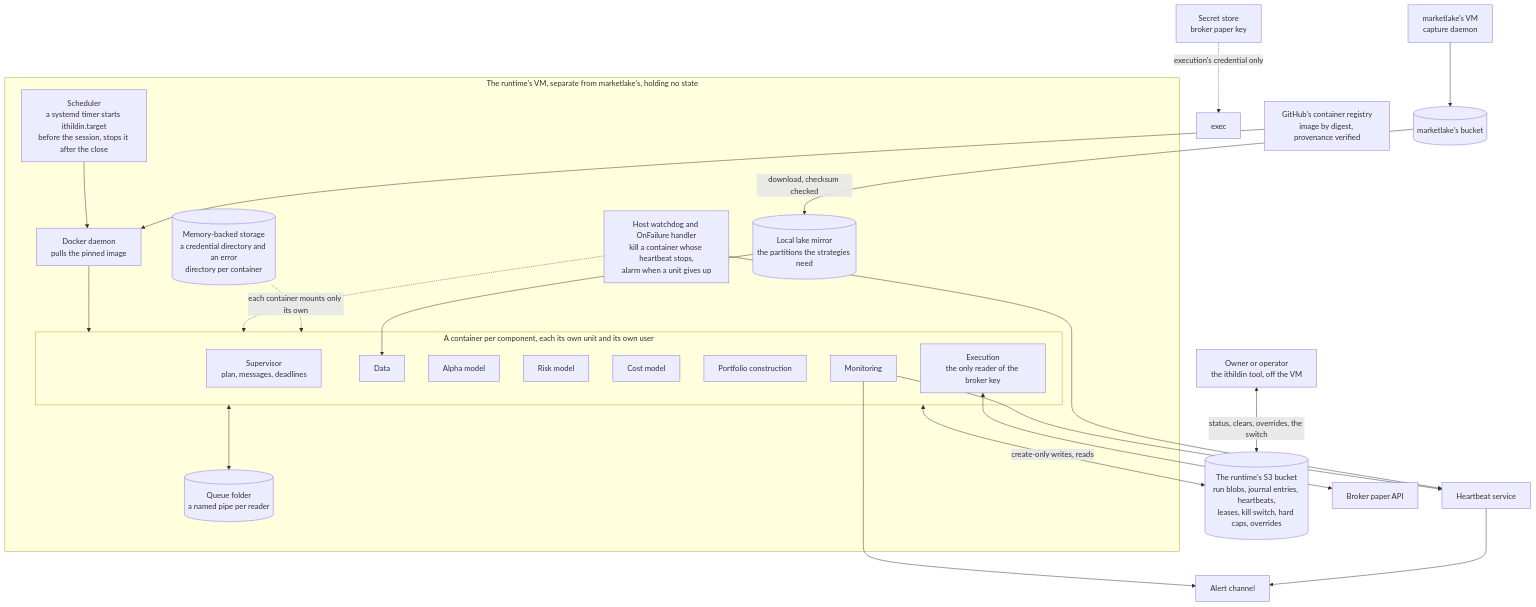
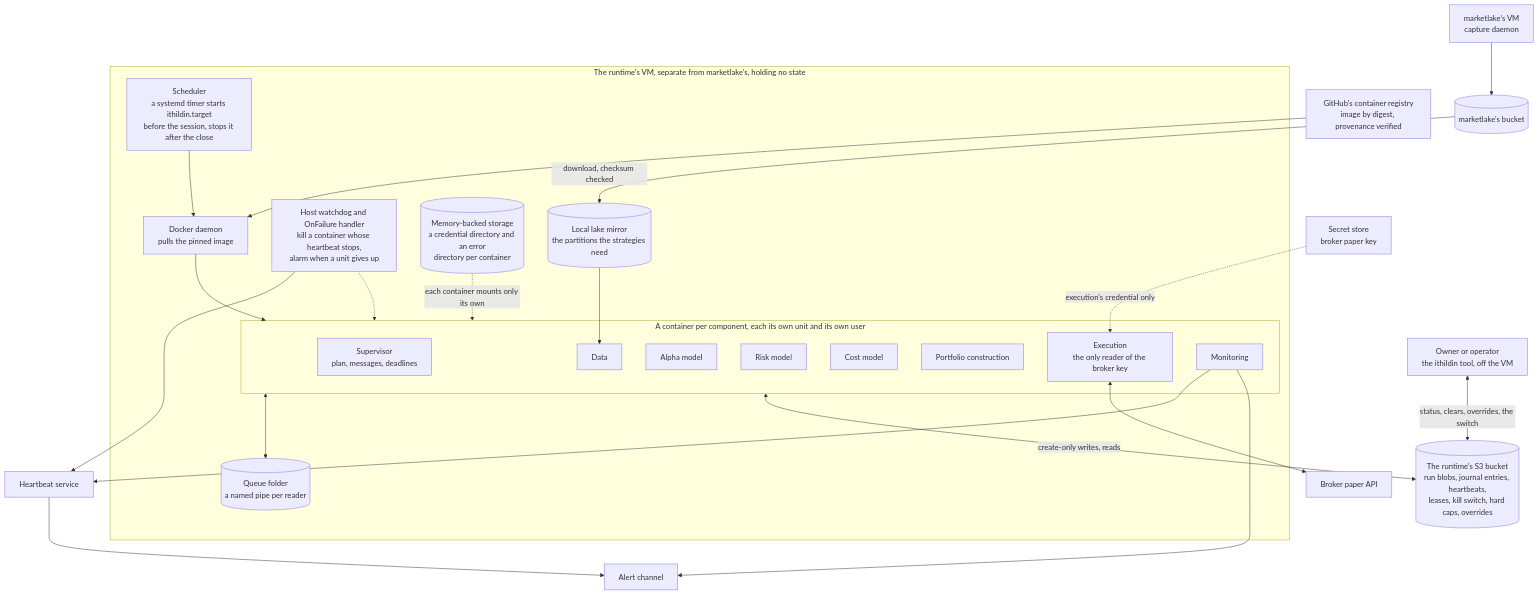
Diagram 15 of 16 in docs/architecture.md (l3a0/ithildin-runtime), drawn with Mermaid before and after one commit.

Commit message:
docs(architecture): point the secret store's edge at the execution container

````diff
--- a/docs/architecture.md
+++ b/docs/architecture.md
@@ -1682,47 +1682,47 @@
 ```mermaid
 flowchart TB
     subgraph host["The runtime's VM, separate from marketlake's, holding no state"]
         timer["Scheduler<br/>a systemd timer starts ithildin.target<br/>before the session, stops it after the close"]
         docker["Docker daemon<br/>pulls the pinned image"]
         guard["Host watchdog and OnFailure handler<br/>kill a container whose heartbeat stops,<br/>alarm when a unit gives up"]
         subgraph ctrs["A container per component, each its own unit and its own user"]
             sup["Supervisor<br/>plan, messages, deadlines"]
             data["Data"]
             alpha["Alpha model"]
             risk["Risk model"]
             cost["Cost model"]
             pc["Portfolio construction"]
             execw["Execution<br/>the only reader of the broker key"]
             mon["Monitoring"]
         end
         pipes[("Queue folder<br/>a named pipe per reader")]
         creds[("Memory-backed storage<br/>a credential directory and an error<br/>directory per container")]
         mirror[("Local lake mirror<br/>the partitions the strategies need")]
         timer --> docker --> ctrs
         guard -.-> ctrs
         ctrs <--> pipes
         creds -. "each container mounts only its own" .-> ctrs
         mirror --> data
     end
     registry["GitHub's container registry<br/>image by digest, provenance verified"]
     mlvm["marketlake's VM<br/>capture daemon"]
     lake[("marketlake's bucket")]
     bucket[("The runtime's S3 bucket<br/>run blobs, journal entries, heartbeats,<br/>leases, kill switch, hard caps, overrides")]
     secrets["Secret store<br/>broker paper key"]
     broker["Broker paper API"]
     beat["Heartbeat service"]
     alerts["Alert channel"]
     person["Owner or operator<br/>the ithildin tool, off the VM"]
 
     registry --> docker
     mlvm --> lake
     lake -->|"download, checksum checked"| mirror
     ctrs <-->|"create-only writes, reads"| bucket
-    secrets -. "execution's credential only" .-> exec
+    secrets -. "execution's credential only" .-> execw
     execw <--> broker
     mon --> beat
     mon --> alerts
     guard --> beat
     beat --> alerts
     person <-->|"status, clears, overrides, the switch"| bucket
 ```
````
